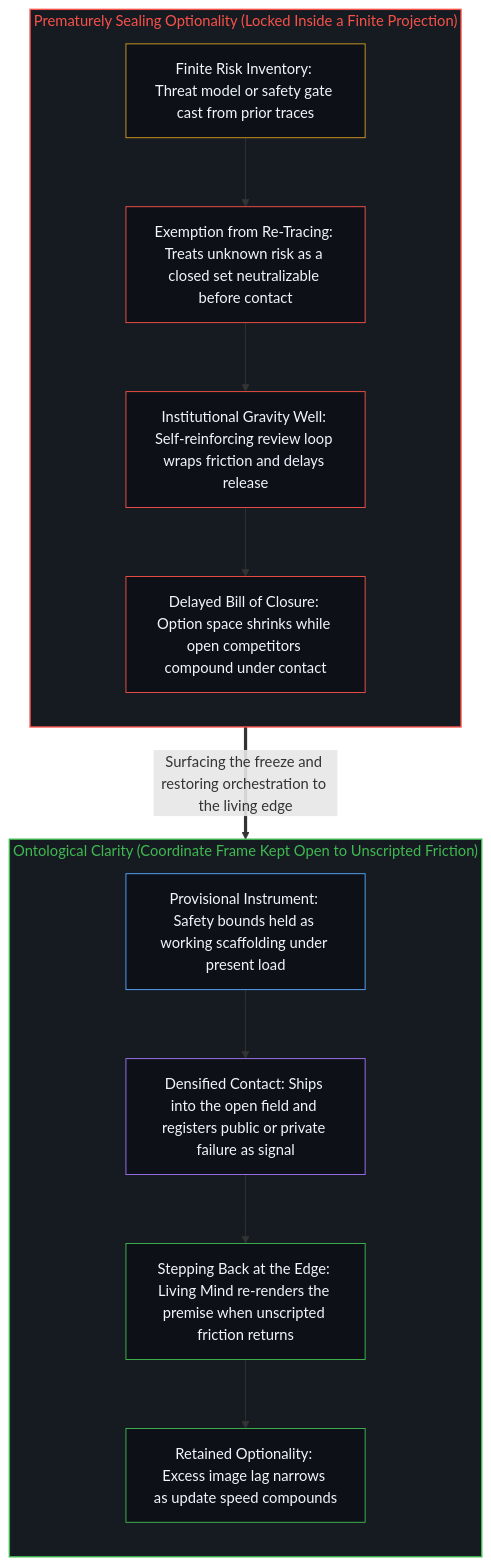
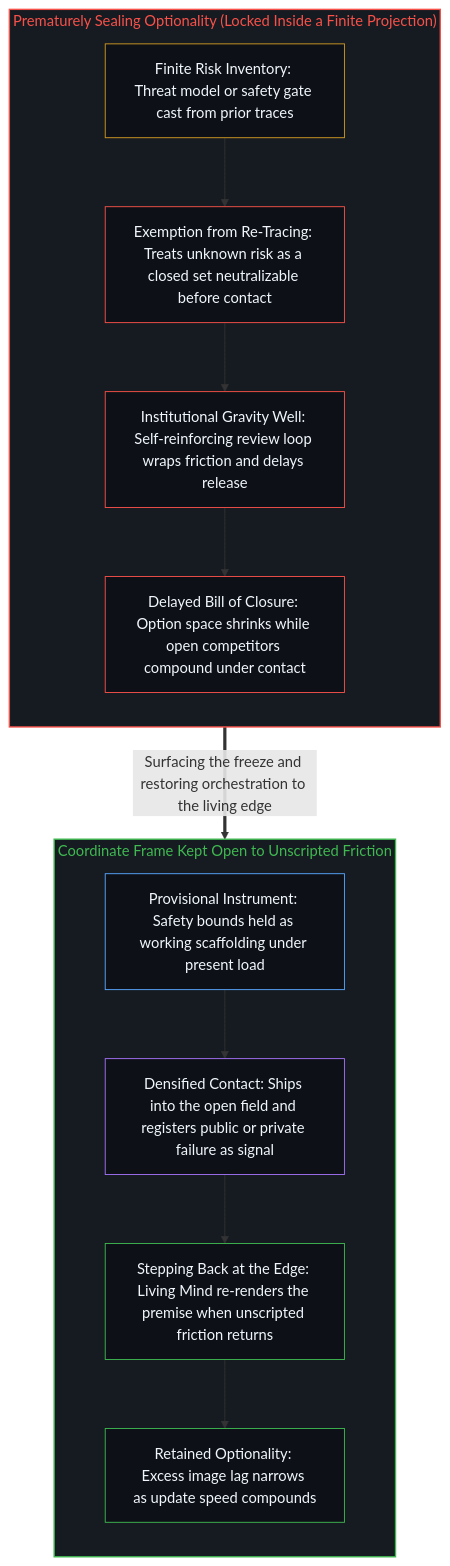
Before and after one commit to powerpig99/not-a-toe: the second of 2 diagrams in content/posts/the-price-of-closing-optionality.md, drawn with Mermaid. The commit also changed other lines of this file and 1 other file, not shown here.

Commit message:
Sleep L2 (the-reversal-of-verification): the-price-of-closing-optionality
Diagram: the open subgraph no longer names the house method (EN/ZH
labels keep only the description).

````diff
--- a/content/posts/the-price-of-closing-optionality.md
+++ b/content/posts/the-price-of-closing-optionality.md
@@ -53,33 +50,30 @@
 ```mermaid
 flowchart TD
     subgraph S_Closed["Prematurely Sealing Optionality (Locked Inside a Finite Projection)"]
         direction TB
         C_Proj["Finite Risk Inventory: Threat model or safety gate cast from prior traces"]
         C_Seal["Exemption from Re-Tracing: Treats unknown risk as a closed set neutralizable before contact"]
         C_Well["Institutional Gravity Well: Self-reinforcing review loop wraps friction and delays release"]
         C_Bill["Delayed Bill of Closure: Option space shrinks while open competitors compound under contact"]
         C_Proj --> C_Seal --> C_Well --> C_Bill
     end
-
-    subgraph S_Open["Ontological Clarity (Coordinate Frame Kept Open to Unscripted Friction)"]
+    subgraph S_Open["Coordinate Frame Kept Open to Unscripted Friction"]
         direction TB
         O_Inst["Provisional Instrument: Safety bounds held as working scaffolding under present load"]
         O_Ship["Densified Contact: Ships into the open field and registers public or private failure as signal"]
         O_Step["Stepping Back at the Edge: Living Mind re-renders the premise when unscripted friction returns"]
         O_Opt["Retained Optionality: Excess image lag narrows as update speed compounds"]
         O_Inst --> O_Ship --> O_Step --> O_Opt
     end
-
     C_Bill ==>|"Surfacing the freeze and restoring orchestration to the living edge"| O_Inst
-
     style S_Closed fill:#161b22,stroke:#f85149,stroke-width:1.5px,color:#f85149
     style S_Open fill:#161b22,stroke:#3fb950,stroke-width:1.5px,color:#3fb950
     style C_Proj fill:#0d1117,stroke:#d29922,stroke-width:1px,color:#f0f6fc
     style C_Seal fill:#0d1117,stroke:#f85149,stroke-width:1px,color:#f0f6fc
     style C_Well fill:#0d1117,stroke:#f85149,stroke-width:1px,color:#f0f6fc
     style C_Bill fill:#0d1117,stroke:#f85149,stroke-width:1px,color:#f0f6fc
     style O_Inst fill:#0d1117,stroke:#58a6ff,stroke-width:1px,color:#f0f6fc
     style O_Ship fill:#0d1117,stroke:#a371f7,stroke-width:1px,color:#f0f6fc
     style O_Step fill:#0d1117,stroke:#3fb950,stroke-width:1px,color:#f0f6fc
     style O_Opt fill:#0d1117,stroke:#3fb950,stroke-width:1px,color:#f0f6fc
 ```
````
